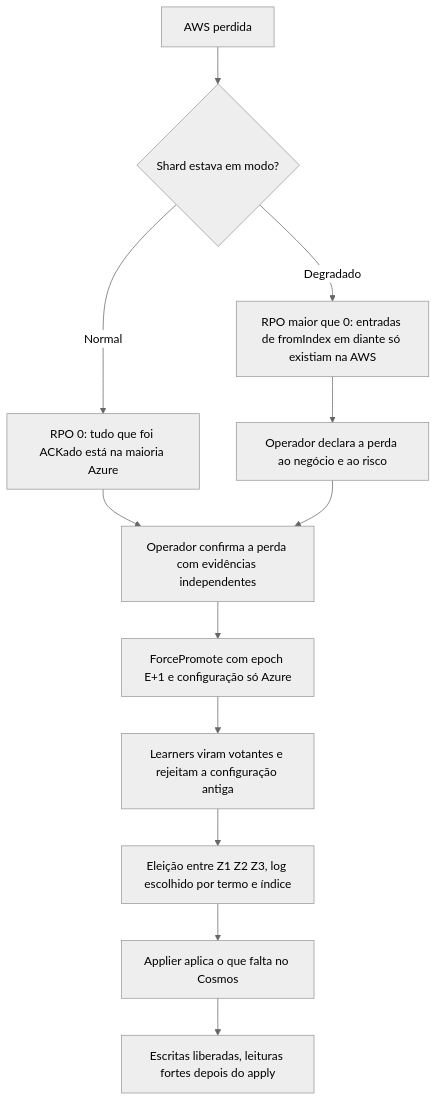
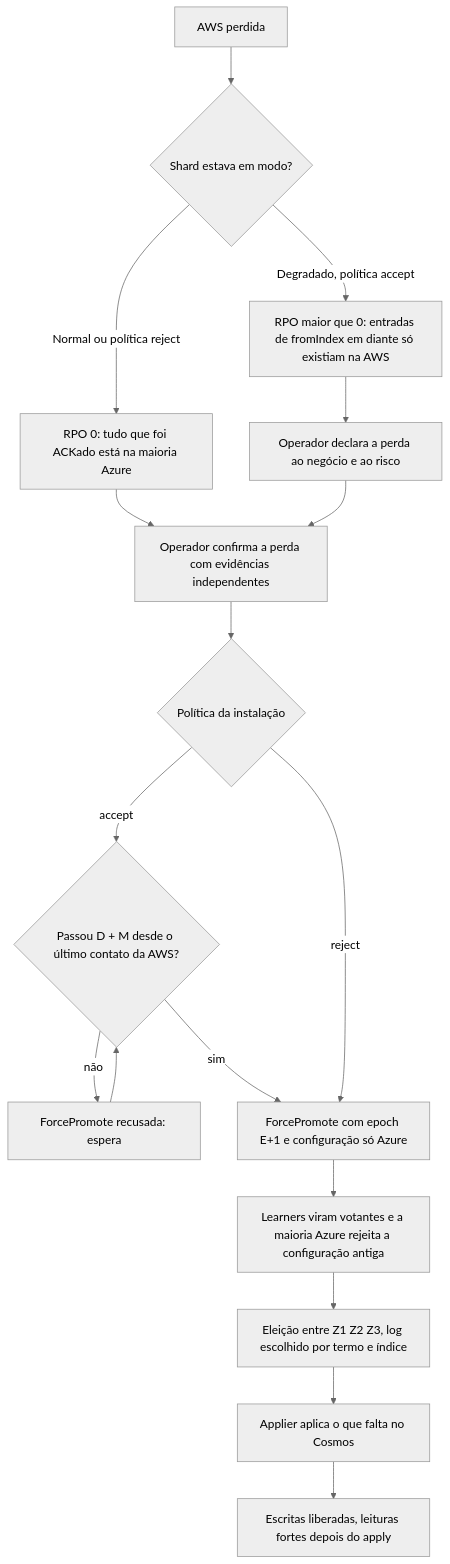
Before and after one commit to brbarmex/k: the diagram in 02_cenarios/complexos/X03-desastre-e-promocao-da-azure.md, drawn with Mermaid (neutral theme). The commit also changed other lines of this file and 139 other files, not shown here.

````diff
--- a/02_cenarios/complexos/X03-desastre-e-promocao-da-azure.md
+++ b/02_cenarios/complexos/X03-desastre-e-promocao-da-azure.md
@@ -11,14 +13,19 @@
 ```mermaid
 flowchart TD
     A["AWS perdida"] --> B{"Shard estava em modo?"}
-    B -->|"Normal"| C["RPO 0: tudo que foi ACKado está na maioria Azure"]
-    B -->|"Degradado"| D["RPO maior que 0: entradas de fromIndex em diante só existiam na AWS"]
+    B -->|"Normal ou política reject"| C["RPO 0: tudo que foi ACKado está na maioria Azure"]
+    B -->|"Degradado, política accept"| D["RPO maior que 0: entradas de fromIndex em diante só existiam na AWS"]
     C --> E["Operador confirma a perda com evidências independentes"]
     D --> F["Operador declara a perda ao negócio e ao risco"]
     F --> E
-    E --> G["ForcePromote com epoch E+1 e configuração só Azure"]
-    G --> H["Learners viram votantes e rejeitam a configuração antiga"]
+    E --> P{"Política da instalação"}
+    P -->|"accept"| W{"Passou D + M desde o último contato da AWS?"}
+    W -->|"não"| X["ForcePromote recusada: espera"]
+    X --> W
+    W -->|"sim"| G["ForcePromote com epoch E+1 e configuração só Azure"]
+    P -->|"reject"| G
+    G --> H["Learners viram votantes e a maioria Azure rejeita a configuração antiga"]
     H --> I["Eleição entre Z1 Z2 Z3, log escolhido por termo e índice"]
     I --> J["Applier aplica o que falta no Cosmos"]
     J --> K["Escritas liberadas, leituras fortes depois do apply"]
 ```
````
